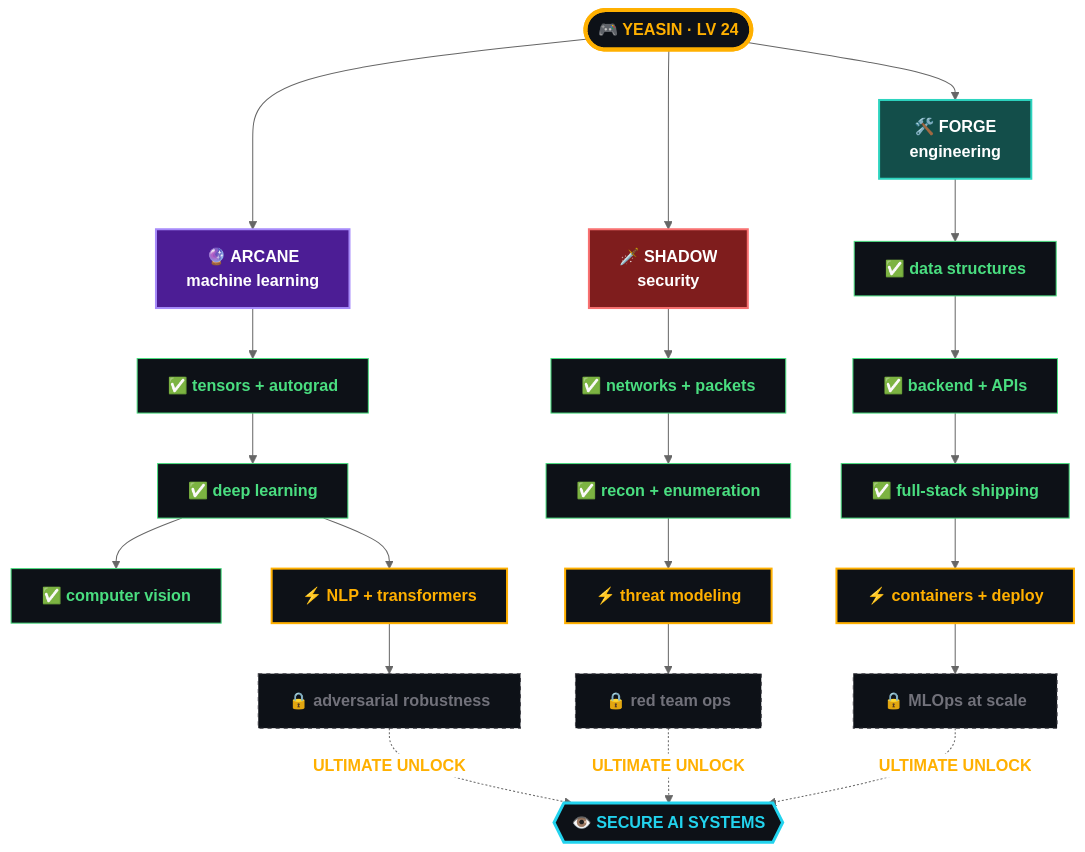
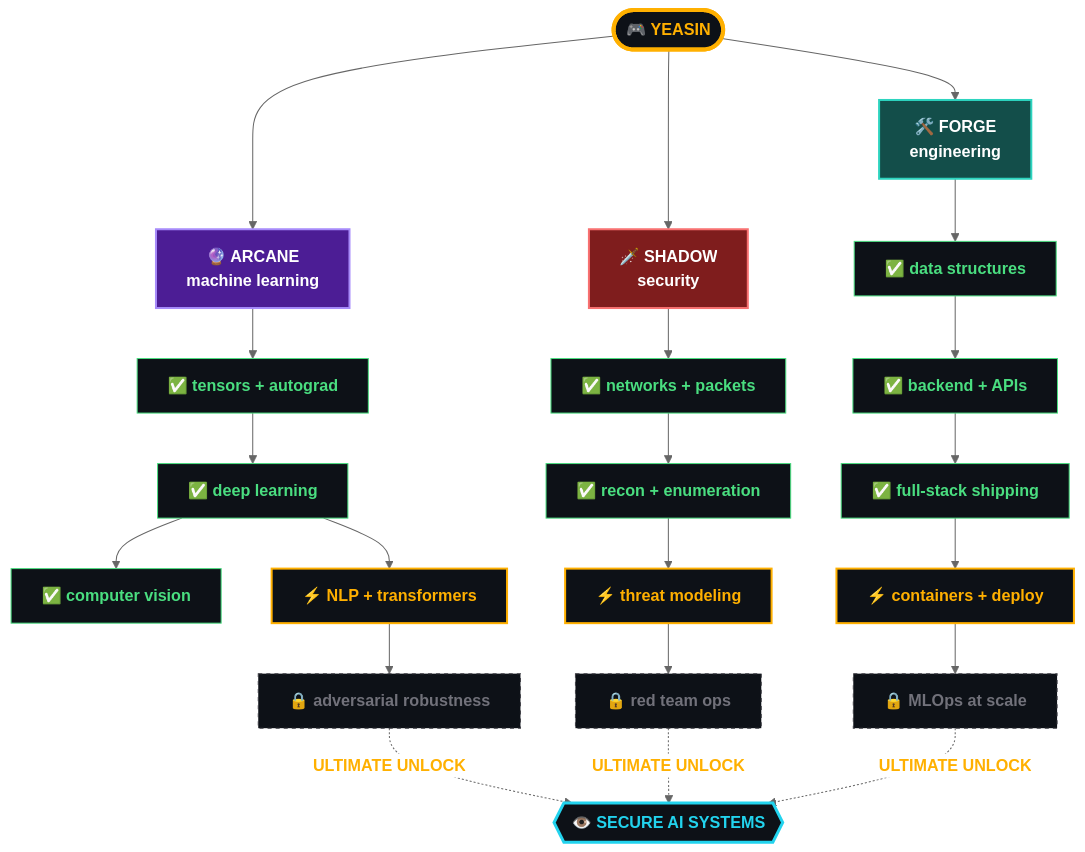
Before and after one commit to CodeWithYeasin/CodeWithYeasin: the diagram in README.md, drawn with Mermaid (neutral theme). The commit also changed other lines of this file and 8 other files, not shown here.

````diff
--- a/README.md
+++ b/README.md
@@ -113,38 +100,38 @@
 ```mermaid
 flowchart TD
-    ROOT([ 🎮 YEASIN · LV 24 ]):::root
+    ROOT([ 🎮 YEASIN ]):::root
 
     ROOT --> AI[ 🔮 ARCANE<br/>machine learning ]:::t1
     ROOT --> SEC[ 🗡️ SHADOW<br/>security ]:::t2
     ROOT --> ENG[ 🛠️ FORGE<br/>engineering ]:::t3
 
     AI --> A1[ ✅ tensors + autograd ]:::done
     A1 --> A2[ ✅ deep learning ]:::done
     A2 --> A3[ ✅ computer vision ]:::done
     A2 --> A4[ ⚡ NLP + transformers ]:::active
     A4 --> A5[ 🔒 adversarial robustness ]:::locked
 
     SEC --> S1[ ✅ networks + packets ]:::done
     S1 --> S2[ ✅ recon + enumeration ]:::done
     S2 --> S3[ ⚡ threat modeling ]:::active
     S3 --> S4[ 🔒 red team ops ]:::locked
 
     ENG --> E1[ ✅ data structures ]:::done
     E1 --> E2[ ✅ backend + APIs ]:::done
     E2 --> E3[ ✅ full-stack shipping ]:::done
     E3 --> E4[ ⚡ containers + deploy ]:::active
     E4 --> E5[ 🔒 MLOps at scale ]:::locked
 
     A5 -.->|ULTIMATE UNLOCK| ULT{{ 👁️ SECURE AI SYSTEMS }}:::ult
     S4 -.->|ULTIMATE UNLOCK| ULT
     E5 -.->|ULTIMATE UNLOCK| ULT
 
     classDef root fill:#0D1117,stroke:#FFB000,stroke-width:4px,color:#FFB000,font-weight:bold
     classDef t1 fill:#4C1D95,stroke:#A78BFA,stroke-width:2px,color:#FFFFFF,font-weight:bold
     classDef t2 fill:#7F1D1D,stroke:#F87171,stroke-width:2px,color:#FFFFFF,font-weight:bold
     classDef t3 fill:#134E4A,stroke:#2DD4BF,stroke-width:2px,color:#FFFFFF,font-weight:bold
     classDef done fill:#0D1117,stroke:#4ADE80,stroke-width:1px,color:#4ADE80
     classDef active fill:#0D1117,stroke:#FFB000,stroke-width:2px,color:#FFB000,font-weight:bold
     classDef locked fill:#0D1117,stroke:#3F3F46,stroke-width:1px,color:#71717A,stroke-dasharray: 4 4
     classDef ult fill:#0D1117,stroke:#22D3EE,stroke-width:3px,color:#22D3EE,font-weight:bold
 ```
````
